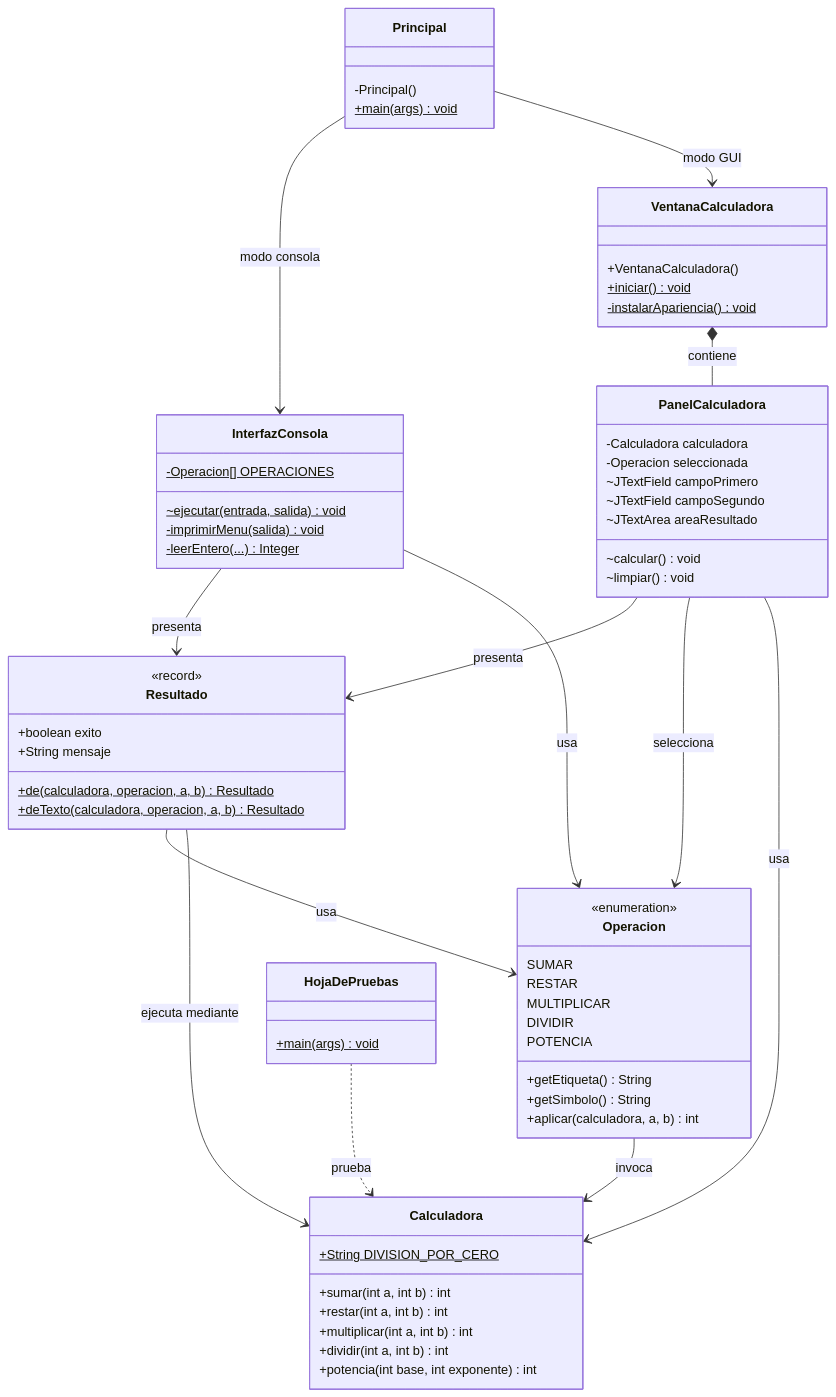
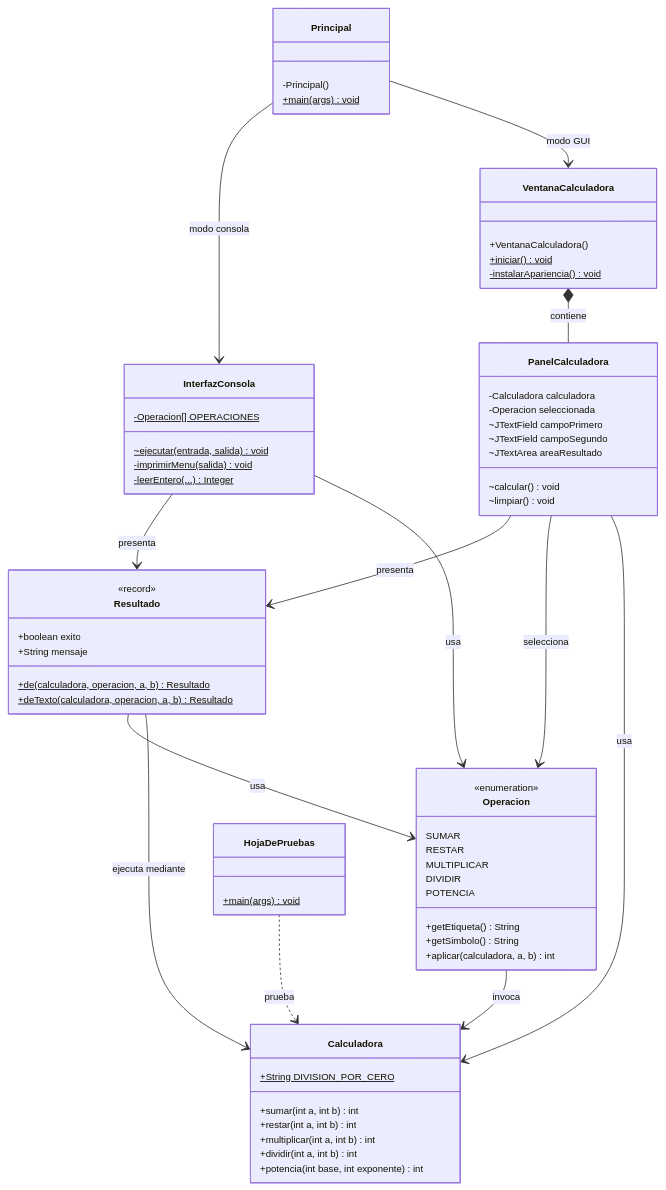
One commit to ssantivr/TRABAJO-DE-CALIDAD-DE-SOFTWARE changed the third of 4 diagrams in README.md. Above: the diagram before and after it, drawn with Mermaid. The commit also changed other lines of this file, not shown here.

First line of the commit message:
docs: aplicar letra y separación menores a los diagramas UML del README

````diff
--- a/README.md
+++ b/README.md
@@ -233,69 +234,70 @@
 ```mermaid
+%%{init: {"themeVariables": {"fontSize": "12px"}}}%%
 classDiagram
     direction TB
     class Principal {
         -Principal()
         +main(args)$ void
     }
     class InterfazConsola {
         -Operacion[] OPERACIONES$
         ~ejecutar(entrada, salida)$ void
         -imprimirMenu(salida)$ void
         -leerEntero(...)$ Integer
     }
     class VentanaCalculadora {
         +VentanaCalculadora()
         +iniciar()$ void
         -instalarApariencia()$ void
     }
     class PanelCalculadora {
         -Calculadora calculadora
         -Operacion seleccionada
         ~JTextField campoPrimero
         ~JTextField campoSegundo
         ~JTextArea areaResultado
         ~calcular() void
         ~limpiar() void
     }
     class Resultado {
         <<record>>
         +boolean exito
         +String mensaje
         +de(calculadora, operacion, a, b)$ Resultado
         +deTexto(calculadora, operacion, a, b)$ Resultado
     }
     class Operacion {
         <<enumeration>>
         SUMAR
         RESTAR
         MULTIPLICAR
         DIVIDIR
         POTENCIA
         +getEtiqueta() String
         +getSimbolo() String
         +aplicar(calculadora, a, b) int
     }
     class Calculadora {
         +String DIVISION_POR_CERO$
         +sumar(int a, int b) int
         +restar(int a, int b) int
         +multiplicar(int a, int b) int
         +dividir(int a, int b) int
         +potencia(int base, int exponente) int
     }
     class HojaDePruebas {
         +main(args)$ void
     }
     Principal --> InterfazConsola : modo consola
     Principal --> VentanaCalculadora : modo GUI
     VentanaCalculadora *-- PanelCalculadora : contiene
     InterfazConsola --> Resultado : presenta
     InterfazConsola --> Operacion : usa
     PanelCalculadora --> Resultado : presenta
     PanelCalculadora --> Operacion : selecciona
     PanelCalculadora --> Calculadora : usa
     Resultado --> Operacion : usa
     Resultado --> Calculadora : ejecuta mediante
     Operacion --> Calculadora : invoca
     HojaDePruebas ..> Calculadora : prueba
 ```
````
